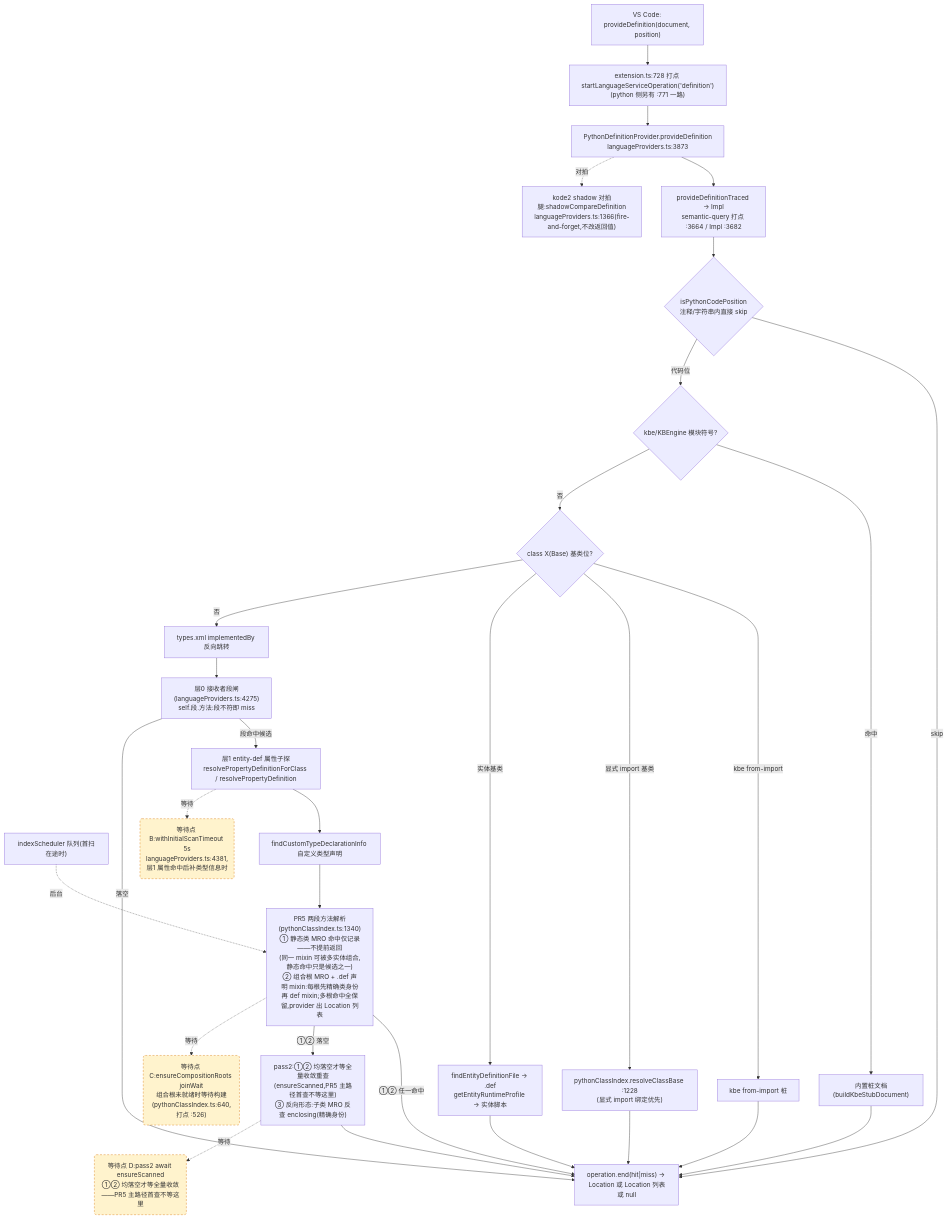
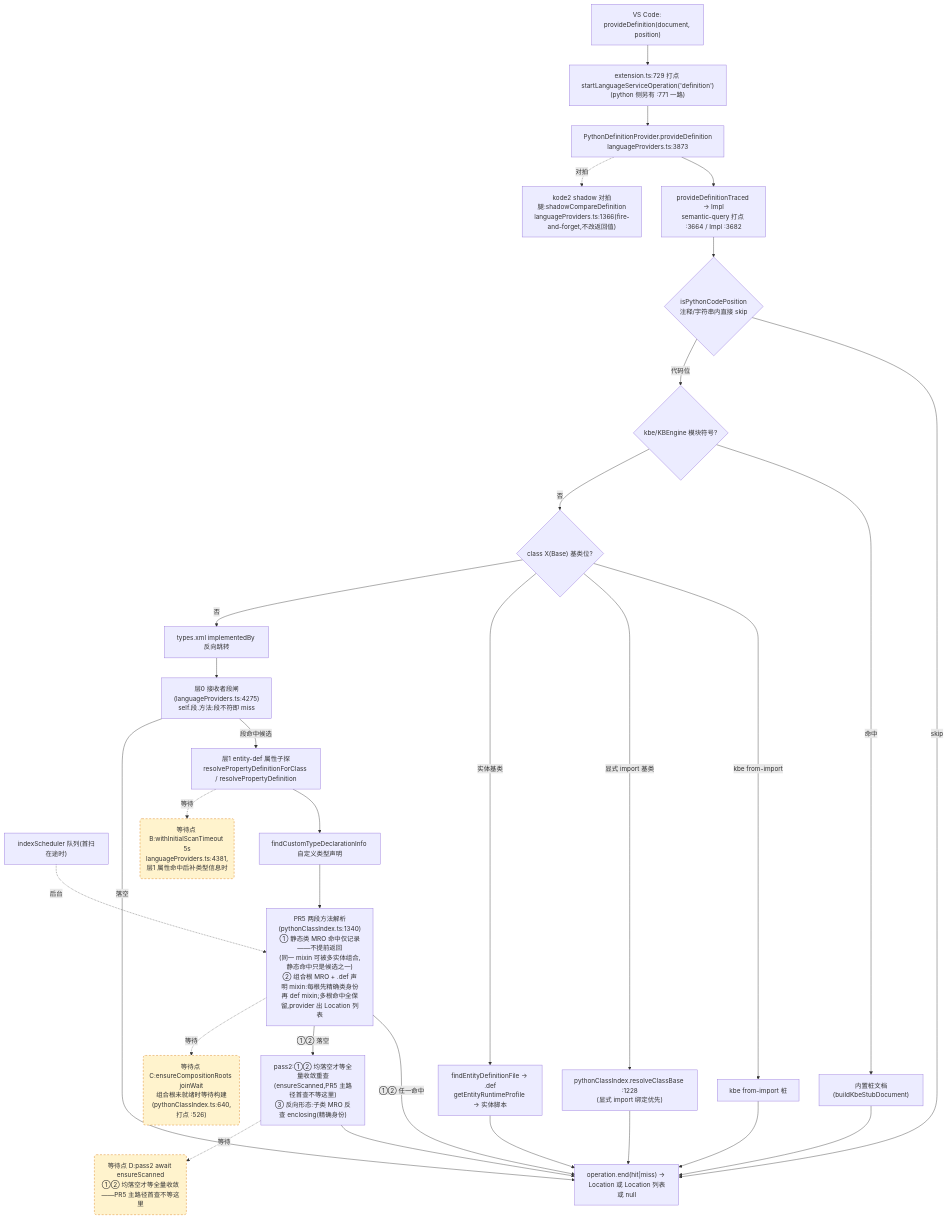
One commit to cuihairu/kode changed the second of 4 diagrams in docs/perf/2026-baseline.md. Above: the diagram before and after it, drawn with Mermaid. The commit also changed other lines of this file and 10 other files, not shown here.

````diff
--- a/docs/perf/2026-baseline.md
+++ b/docs/perf/2026-baseline.md
@@ -130,51 +130,51 @@
 ```mermaid
 flowchart TD
   VC2["VS Code: provideDefinition(document, position)"]
-  M2["extension.ts:728 打点 startLanguageServiceOperation('definition')<br/>(python 侧另有 :771 一路)"]
+  M2["extension.ts:729 打点 startLanguageServiceOperation('definition')<br/>(python 侧另有 :771 一路)"]
   AD2["PythonDefinitionProvider.provideDefinition<br/>languageProviders.ts:3873"]
   TR["provideDefinitionTraced → Impl<br/>semantic-query 打点 :3664 / Impl :3682"]
   CTX{"isPythonCodePosition<br/>注释/字符串内直接 skip"}
   KBE{"kbe/KBEngine 模块符号?"}
   STUB["内置桩文档(buildKbeStubDocument)"]
   CB{"class X(Base) 基类位?"}
   CB1["kbe from-import 桩"]
   CB2["pythonClassIndex.resolveClassBase :1228<br/>(显式 import 绑定优先)"]
   CB3["findEntityDefinitionFile → .def<br/>getEntityRuntimeProfile → 实体脚本"]
   REV["types.xml implementedBy 反向跳转"]
   L0["层0 接收者段闸(languageProviders.ts:4275)<br/>self.段.方法:段不符即 miss"]
   L1["层1 entity-def 属性子探<br/>resolvePropertyDefinitionForClass / resolvePropertyDefinition"]
   SCAN["indexScheduler 队列(首扫在途时)"]
   TY["findCustomTypeDeclarationInfo 自定义类型声明"]
   MRO["PR5 两段方法解析(pythonClassIndex.ts:1340)<br/>① 静态类 MRO 命中仅记录——不提前返回<br/>(同一 mixin 可被多实体组合,静态命中只是候选之一)<br/>② 组合根 MRO + .def 声明 mixin:每根先精确类身份<br/>再 def mixin;多根命中全保留,provider 出 Location 列表"]
   PASS2["pass2:①② 均落空才等全量收敛重查<br/>(ensureScanned,PR5 主路径首查不等这里)<br/>③ 反向形态:子类 MRO 反查 enclosing(精确身份)"]
   SHD["kode2 shadow 对拍腿:shadowCompareDefinition<br/>languageProviders.ts:1366(fire-and-forget,不改返回值)"]
   END2["operation.end(hit|miss) → Location 或 Location 列表或 null"]
 
   VC2 --> M2 --> AD2 --> TR --> CTX
   CTX -- "skip" --> END2
   CTX -- "代码位" --> KBE
   KBE -- "命中" --> STUB --> END2
   KBE -- "否" --> CB
   CB -- "kbe from-import" --> CB1 --> END2
   CB -- "显式 import 基类" --> CB2 --> END2
   CB -- "实体基类" --> CB3 --> END2
   CB -- "否" --> REV --> L0
   L0 -- "段命中候选" --> L1
   L0 -- "落空" --> END2
   L1 --> TY
   TY --> MRO
   MRO -- "①② 任一命中" --> END2
   MRO -- "①② 落空" --> PASS2 --> END2
   AD2 -.->|对拍| SHD
 
   WAITB("等待点 B:withInitialScanTimeout 5s<br/>languageProviders.ts:4381,层1 属性命中后补类型信息时")
   WAITC("等待点 C:ensureCompositionRoots joinWait<br/>组合根未就绪时等待构建(pythonClassIndex.ts:640,打点 :526)")
   WAITD("等待点 D:pass2 await ensureScanned<br/>①② 均落空才等全量收敛——PR5 主路径首查不等这里")
   L1 -.->|等待| WAITB
   MRO -.->|等待| WAITC
   PASS2 -.->|等待| WAITD
   SCAN -.->|后台| MRO
 
   classDef waitPoint fill:#fff3cd,stroke:#d97706,stroke-dasharray:5 4;
   class WAITB,WAITC,WAITD waitPoint;
 ```
````
